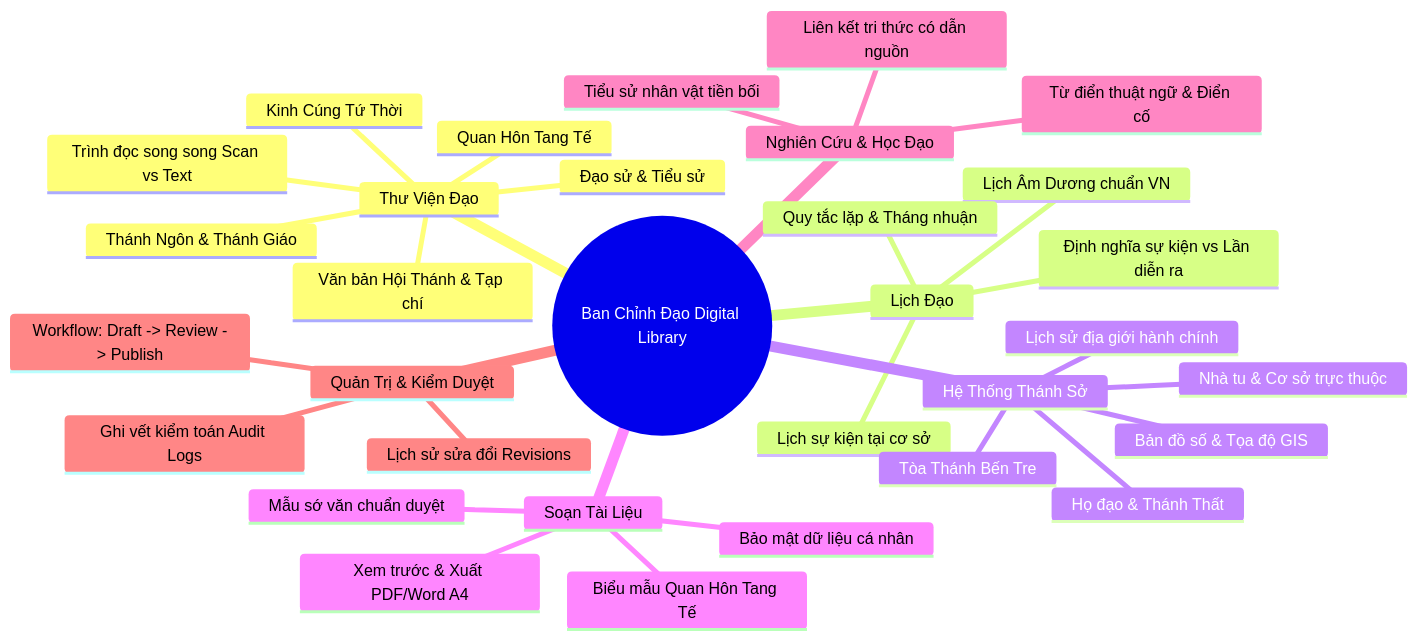
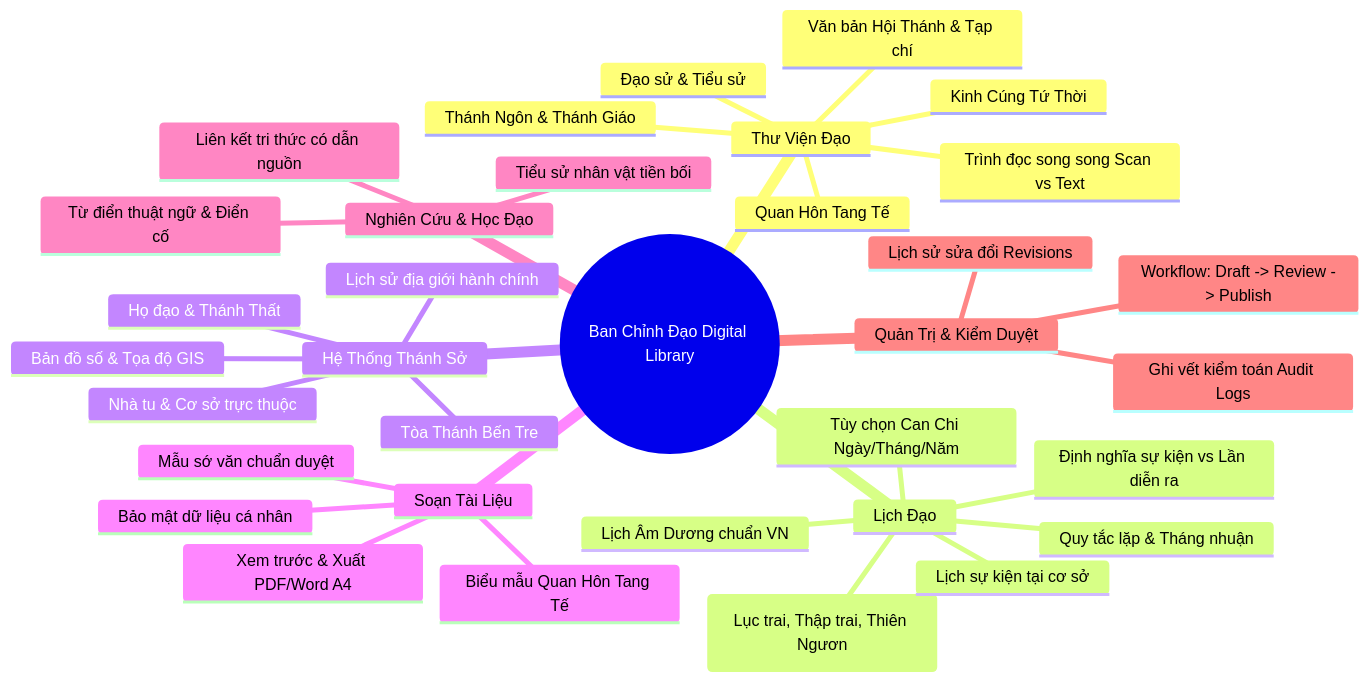
The diagram in docs/01-business/BRD.md (DG-Kit/CaoDai-BCD), drawn with Mermaid before and after one commit. The commit also changed other lines of this file and 4 other files, not shown here.

Commit message:
docs: add fasting schedules (luc trai, thap trai, thien nguon) and can chi display options to calendar design

````diff
--- a/docs/01-business/BRD.md
+++ b/docs/01-business/BRD.md
@@ -50,35 +50,37 @@
 ```mermaid
 mindmap
   root((Ban Chỉnh Đạo Digital Library))
     Thư Viện Đạo
       Kinh Cúng Tứ Thời
       Quan Hôn Tang Tế
       Thánh Ngôn & Thánh Giáo
       Đạo sử & Tiểu sử
       Văn bản Hội Thánh & Tạp chí
       Trình đọc song song Scan vs Text
     Lịch Đạo
       Lịch Âm Dương chuẩn VN
       Định nghĩa sự kiện vs Lần diễn ra
       Quy tắc lặp & Tháng nhuận
+      Trai kỳ (Lục trai, Thập trai, Thiên Ngươn)
+      Tùy chọn Can Chi Ngày/Tháng/Năm
       Lịch sự kiện tại cơ sở
     Hệ Thống Thánh Sở
       Tòa Thánh Bến Tre
       Họ đạo & Thánh Thất
       Nhà tu & Cơ sở trực thuộc
       Bản đồ số & Tọa độ GIS
       Lịch sử địa giới hành chính
     Soạn Tài Liệu
       Mẫu sớ văn chuẩn duyệt
       Biểu mẫu Quan Hôn Tang Tế
       Xem trước & Xuất PDF/Word A4
       Bảo mật dữ liệu cá nhân
     Nghiên Cứu & Học Đạo
       Từ điển thuật ngữ & Điển cố
       Tiểu sử nhân vật tiền bối
       Liên kết tri thức có dẫn nguồn
     Quản Trị & Kiểm Duyệt
       Workflow: Draft -> Review -> Publish
       Lịch sử sửa đổi Revisions
       Ghi vết kiểm toán Audit Logs
 ```
````
